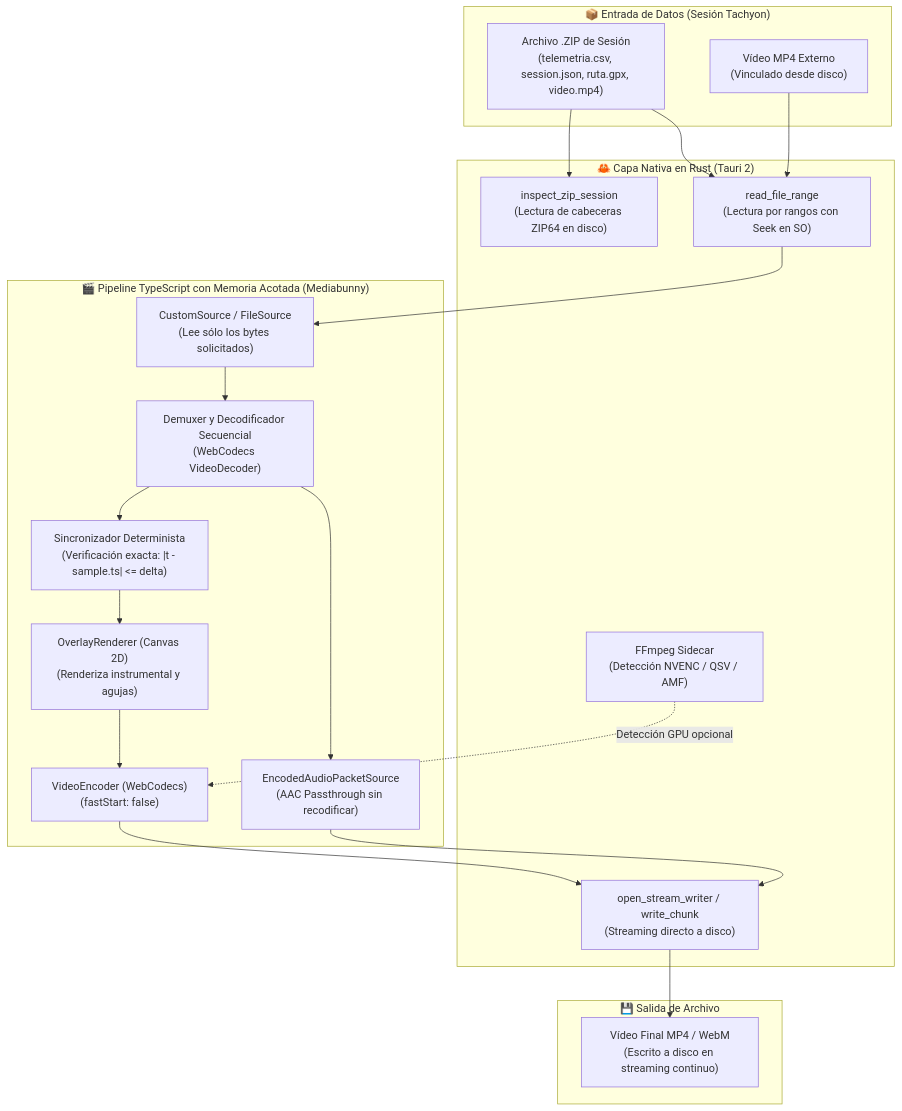
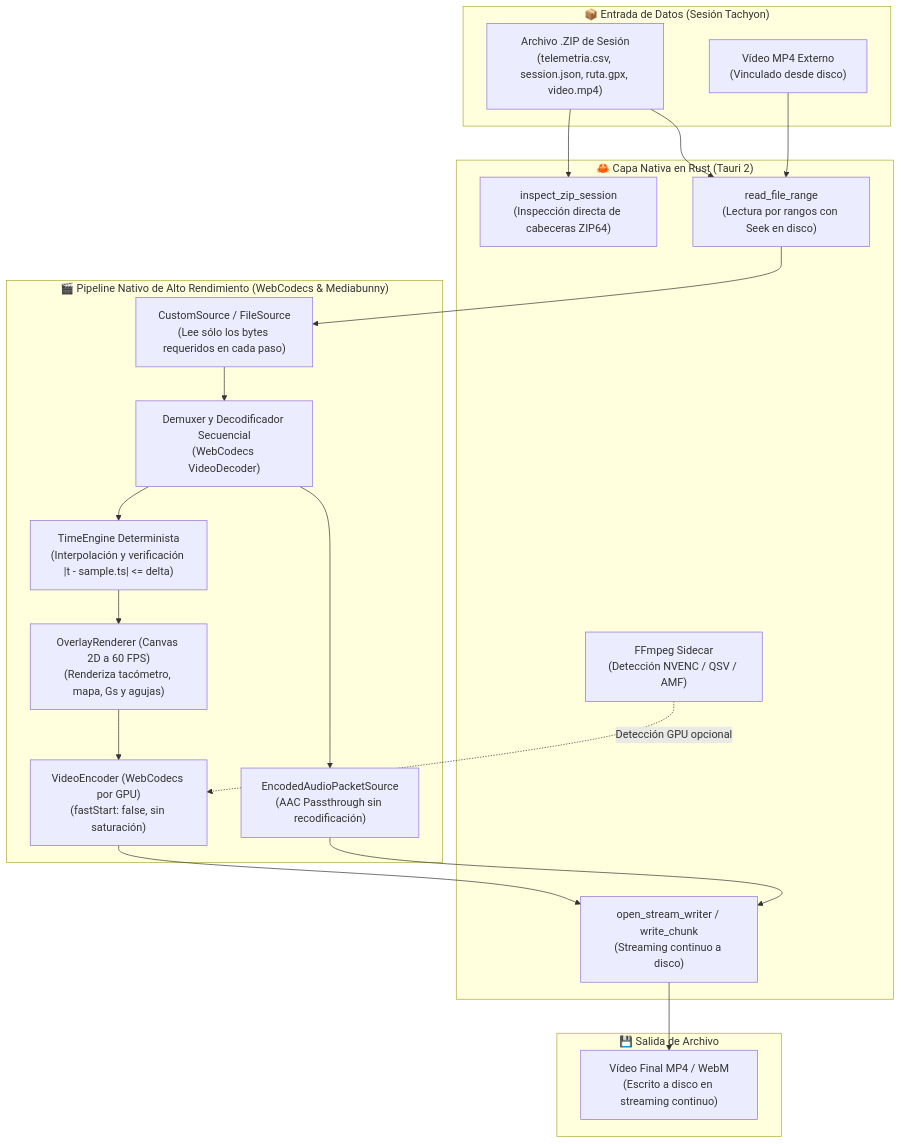
Before and after one commit to GuacamoleGH/Tachyon-Studio-Rust: the diagram in README.md, drawn with Mermaid. The commit also changed other lines of this file and 5 other files, not shown here.

````diff
--- a/README.md
+++ b/README.md
@@ -53,40 +66,40 @@
 ```mermaid
 flowchart TD
     subgraph IN["📦 Entrada de Datos (Sesión Tachyon)"]
         ZIP["Archivo .ZIP de Sesión\n(telemetria.csv, session.json, ruta.gpx, video.mp4)"]
         EXT["Vídeo MP4 Externo\n(Vinculado desde disco)"]
     end
 
     subgraph RUST["🦀 Capa Nativa en Rust (Tauri 2)"]
-        INSP["inspect_zip_session\n(Lectura de cabeceras ZIP64 en disco)"]
-        RANGES["read_file_range\n(Lectura por rangos con Seek en SO)"]
-        WRITER["open_stream_writer / write_chunk\n(Streaming directo a disco)"]
+        INSP["inspect_zip_session\n(Inspección directa de cabeceras ZIP64)"]
+        RANGES["read_file_range\n(Lectura por rangos con Seek en disco)"]
+        WRITER["open_stream_writer / write_chunk\n(Streaming continuo a disco)"]
         SIDE["FFmpeg Sidecar\n(Detección NVENC / QSV / AMF)"]
     end
 
-    subgraph PIPELINE["🎬 Pipeline TypeScript con Memoria Acotada (Mediabunny)"]
-        SRC["CustomSource / FileSource\n(Lee sólo los bytes solicitados)"]
+    subgraph PIPELINE["🎬 Pipeline Nativo de Alto Rendimiento (WebCodecs & Mediabunny)"]
+        SRC["CustomSource / FileSource\n(Lee sólo los bytes requeridos en cada paso)"]
         DEMUX["Demuxer y Decodificador Secuencial\n(WebCodecs VideoDecoder)"]
-        SYNC["Sincronizador Determinista\n(Verificación exacta: |t - sample.ts| <= delta)"]
-        CANVAS["OverlayRenderer (Canvas 2D)\n(Renderiza instrumental y agujas)"]
-        ENC["VideoEncoder (WebCodecs)\n(fastStart: false)"]
-        AUDIO["EncodedAudioPacketSource\n(AAC Passthrough sin recodificar)"]
+        SYNC["TimeEngine Determinista\n(Interpolación y verificación |t - sample.ts| <= delta)"]
+        CANVAS["OverlayRenderer (Canvas 2D a 60 FPS)\n(Renderiza tacómetro, mapa, Gs y agujas)"]
+        ENC["VideoEncoder (WebCodecs por GPU)\n(fastStart: false, sin saturación)"]
+        AUDIO["EncodedAudioPacketSource\n(AAC Passthrough sin recodificación)"]
     end
 
     subgraph OUT["💾 Salida de Archivo"]
         MP4["Vídeo Final MP4 / WebM\n(Escrito a disco en streaming continuo)"]
     end
 
     ZIP --> INSP
     ZIP --> RANGES
     EXT --> RANGES
     RANGES --> SRC
     SRC --> DEMUX
     DEMUX --> SYNC
     SYNC --> CANVAS
     CANVAS --> ENC
     DEMUX --> AUDIO
     ENC & AUDIO --> WRITER
     WRITER --> MP4
     SIDE -.->|Detección GPU opcional| ENC
 ```
````
